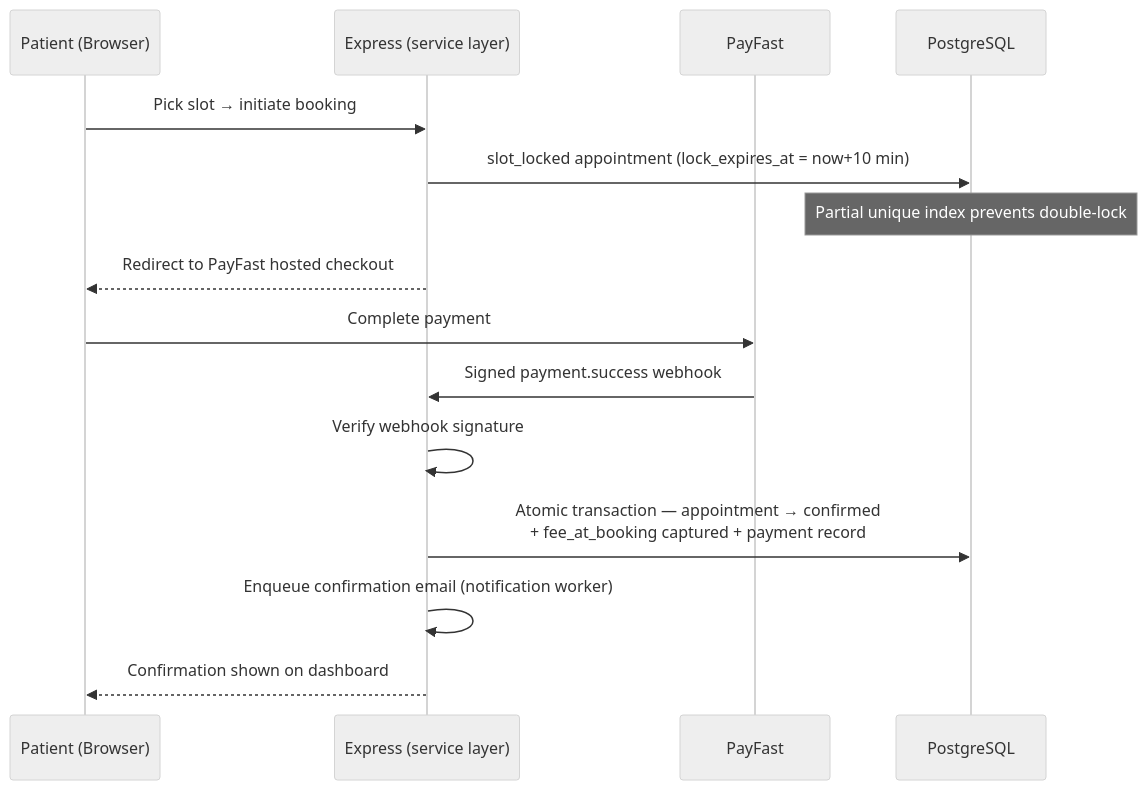
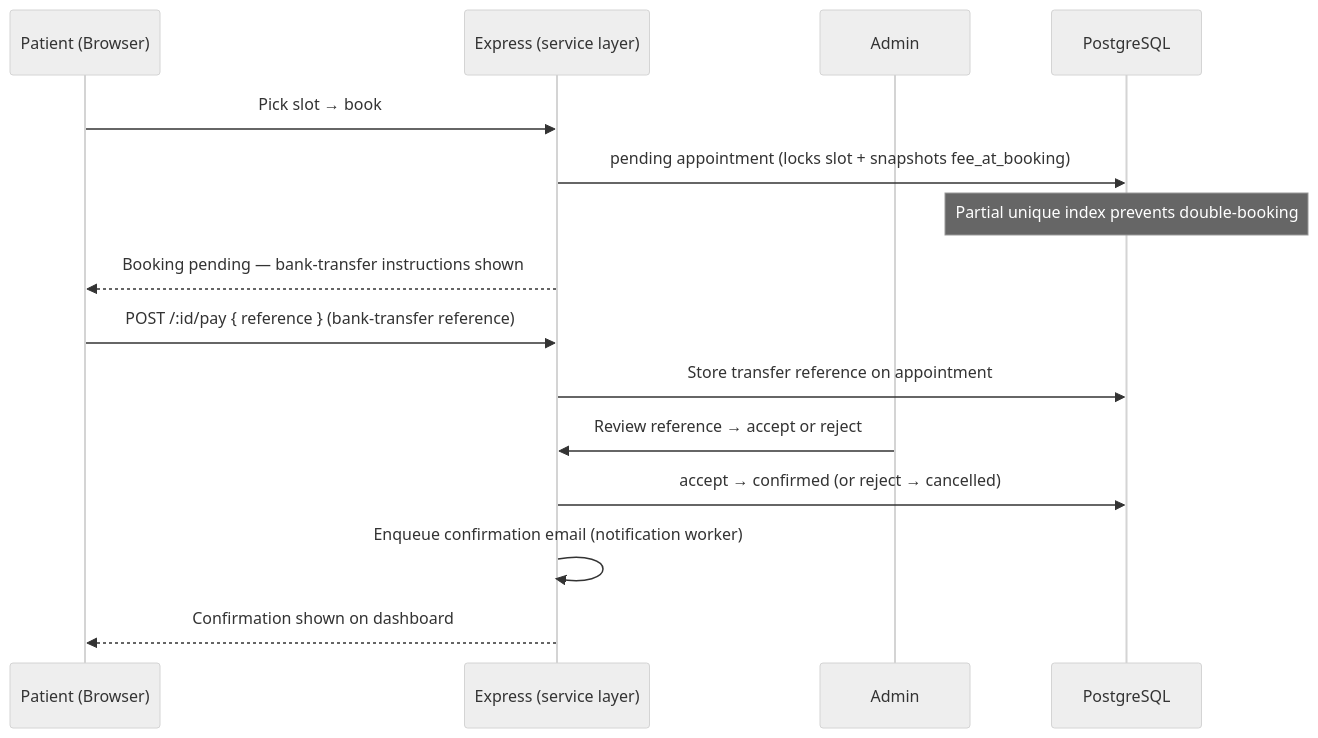
One commit to Burhan3737/Dermaestha changed the second of 3 diagrams in docs/specification/03-ARCHITECTURE_DOCUMENT.md. Above: the diagram before and after it, drawn with Mermaid (neutral theme). The commit also changed other lines of this file and 16 other files, not shown here.

````diff
--- a/docs/specification/03-ARCHITECTURE_DOCUMENT.md
+++ b/docs/specification/03-ARCHITECTURE_DOCUMENT.md
@@ -112,18 +109,18 @@
 ```mermaid
 sequenceDiagram
     participant P as Patient (Browser)
     participant E as Express (service layer)
-    participant PF as PayFast
+    participant A as Admin
     participant DB as PostgreSQL
 
-    P->>E: Pick slot → initiate booking
-    E->>DB: slot_locked appointment (lock_expires_at = now+10 min)
-    Note over DB: Partial unique index prevents double-lock
-    E-->>P: Redirect to PayFast hosted checkout
-    P->>PF: Complete payment
-    PF->>E: Signed payment.success webhook
-    E->>E: Verify webhook signature
-    E->>DB: Atomic transaction — appointment → confirmed<br/>+ fee_at_booking captured + payment record
+    P->>E: Pick slot → book
+    E->>DB: pending appointment (locks slot + snapshots fee_at_booking)
+    Note over DB: Partial unique index prevents double-booking
+    E-->>P: Booking pending — bank-transfer instructions shown
+    P->>E: POST /:id/pay { reference } (bank-transfer reference)
+    E->>DB: Store transfer reference on appointment
+    A->>E: Review reference → accept or reject
+    E->>DB: accept → confirmed (or reject → cancelled)
     E->>E: Enqueue confirmation email (notification worker)
     E-->>P: Confirmation shown on dashboard
 ```
````
